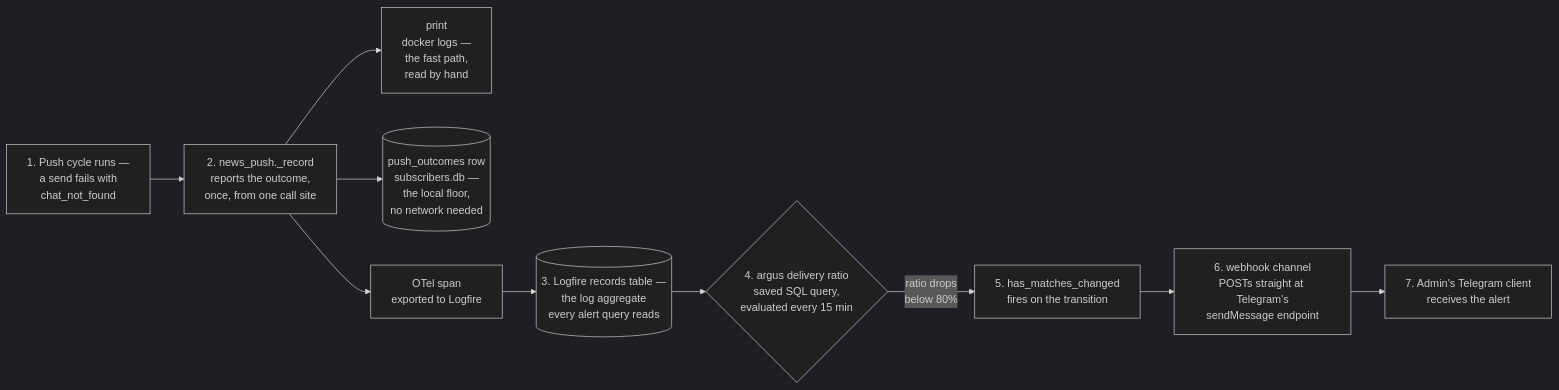
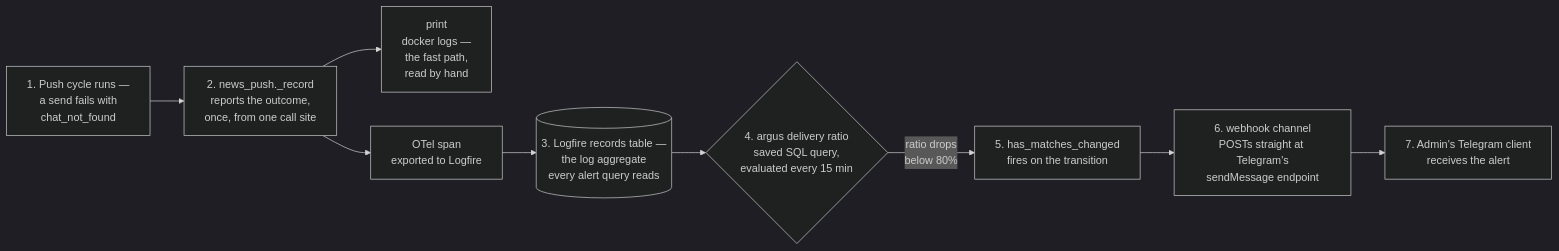
Before and after one commit to nankma/argus: the seventh of 8 diagrams in docs/system-overview.md, drawn with Mermaid (dark theme). The commit also changed other lines of this file and 19 other files, not shown here.

First line of the commit message:
Replace push_outcomes table with a per-subscriber counter; fix a partial-success recording bug; fix trend-report gap-note ordering (#82)

````diff
--- a/docs/system-overview.md
+++ b/docs/system-overview.md
@@ -655,12 +656,11 @@
 ```mermaid
 flowchart LR
     A["1. Push cycle runs —<br/>a send fails with<br/>chat_not_found"] --> B["2. news_push._record<br/>reports the outcome,<br/>once, from one call site"]
     B --> C1["print<br/>docker logs —<br/>the fast path,<br/>read by hand"]
-    B --> C2[("push_outcomes row<br/>subscribers.db —<br/>the local floor,<br/>no network needed")]
     B --> C3["OTel span<br/>exported to Logfire"]
     C3 --> D[("3. Logfire records table —<br/>the log aggregate<br/>every alert query reads")]
     D --> E{"4. argus delivery ratio<br/>saved SQL query,<br/>evaluated every 15 min"}
     E -->|"ratio drops<br/>below 80%"| F["5. has_matches_changed<br/>fires on the transition"]
     F --> G["6. webhook channel<br/>POSTs straight at Telegram's<br/>sendMessage endpoint"]
     G --> H["7. Admin's Telegram client<br/>receives the alert"]
 ```
````
